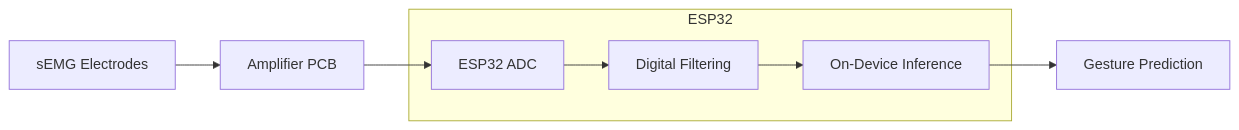
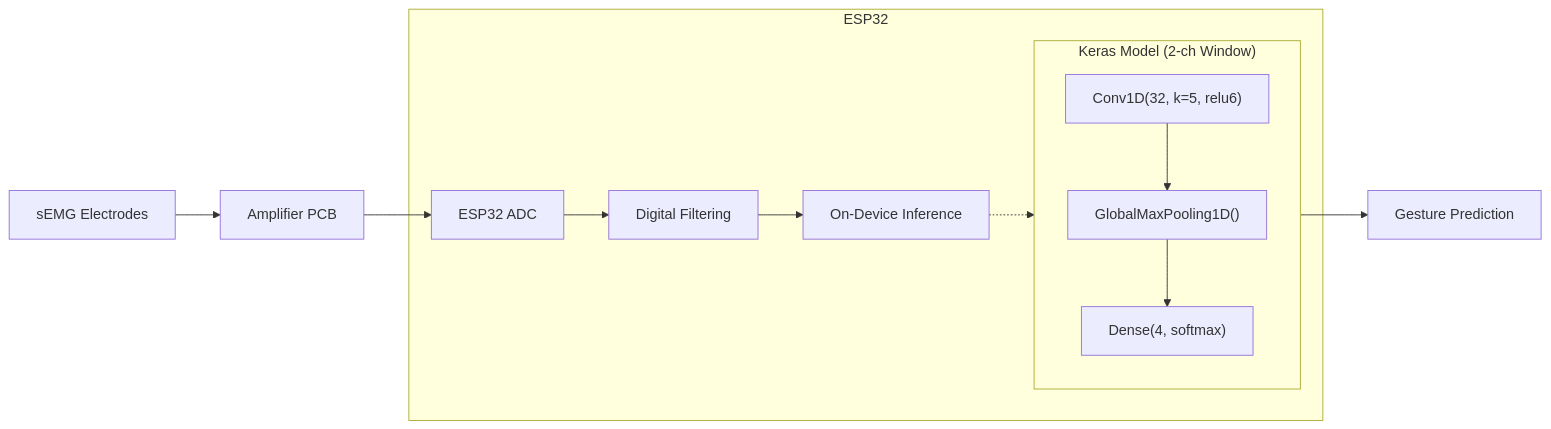
Before and after one commit to SimonB111/portfolio: the diagram in myoSensor/README.md, drawn with Mermaid.

Commit message:
Update inference model diagram in README

````diff
--- a/myoSensor/README.md
+++ b/myoSensor/README.md
@@ -9,10 +9,16 @@
 ```mermaid
 flowchart LR
     A["sEMG Electrodes"] --> B["Amplifier PCB"]
     subgraph ESP32
         C["ESP32 ADC"] --> D["Digital Filtering"]
         D --> E["On-Device Inference"]
+        subgraph InferenceModel["Keras Model (2-ch Window)"]
+            direction TB
+            M1["Conv1D(32, k=5, relu6)"] --> M2["GlobalMaxPooling1D()"]
+            M2 --> M3["Dense(4, softmax)"]
+        end
+        E -.-> M1
     end
     B --> C
-    E --> F["Gesture Prediction"]
+    M3 --> F["Gesture Prediction"]
 ```
````
